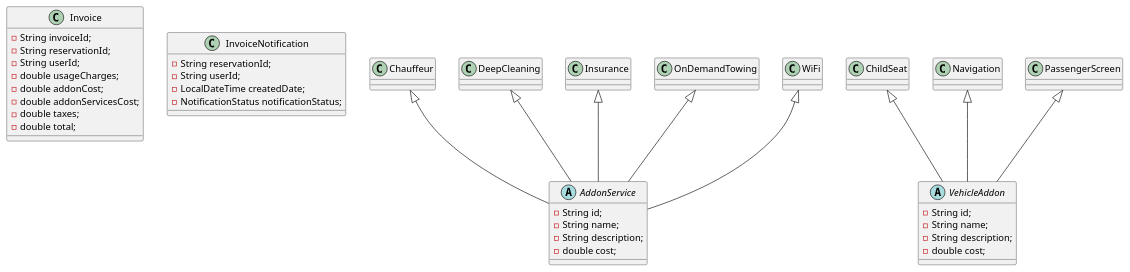
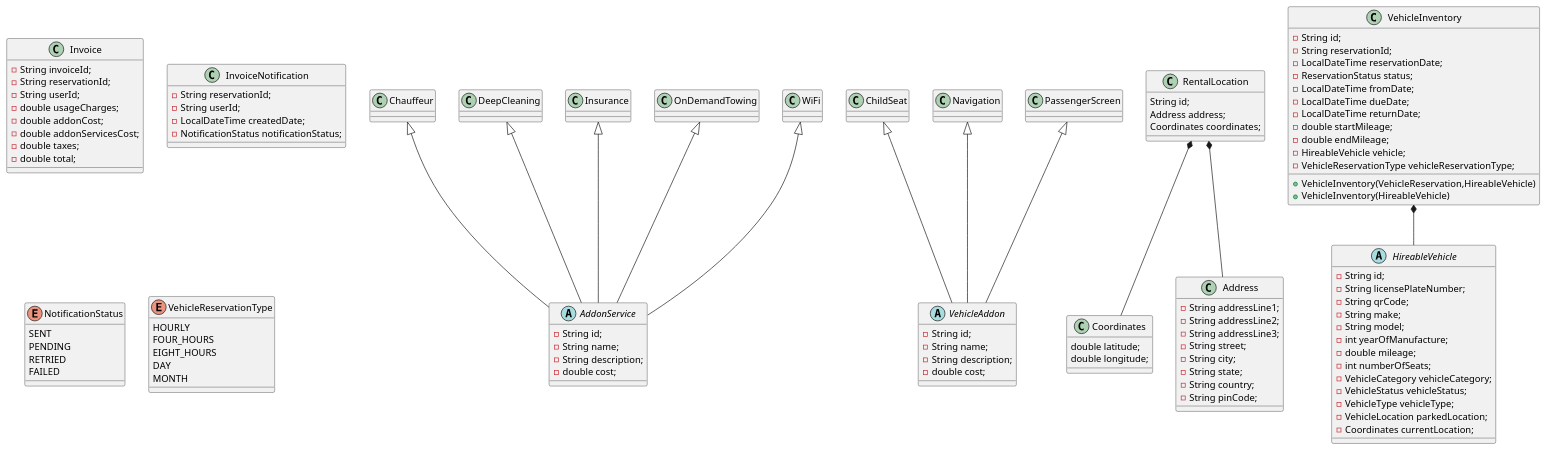
The diagram in src/main/resources/Reservation.puml (gopalbala/carrental), drawn with PlantUML before and after one commit.

Commit message:
updated Reservation.puml with vehicle inventory

```diff
--- a/src/main/resources/Reservation.puml
+++ b/src/main/resources/Reservation.puml
@@ -1,60 +1,130 @@
 @startuml
 class Invoice {
 -String invoiceId;
 -String reservationId;
 -String userId;
 -double usageCharges;
 -double addonCost;
 -double addonServicesCost;
 -double taxes;
 -double total;
 }
 
 class InvoiceNotification {
 -String reservationId;
 -String userId;
 -LocalDateTime createdDate;
 -NotificationStatus notificationStatus;
 }
 
 abstract class AddonService {
 -String id;
 -String name;
 -String description;
 -double cost;
 }
 
 class Chauffeur {
 }
 class DeepCleaning{
 }
 class Insurance{
 }
 class OnDemandTowing{
 }
 class WiFi{
 }
 Chauffeur <|-- AddonService
 DeepCleaning <|-- AddonService
 Insurance <|-- AddonService
 OnDemandTowing <|-- AddonService
 WiFi <|-- AddonService
 
 abstract class VehicleAddon {
 -String id;
 -String name;
 -String description;
 -double cost;
 }
 class ChildSeat{
 }
 class Navigation{
 }
 class PassengerScreen{
 }
 ChildSeat <|-- VehicleAddon
 Navigation <|-- VehicleAddon
 PassengerScreen <|-- VehicleAddon
 
+class RentalLocation {
+String id;
+Address address;
+Coordinates coordinates;
+}
+class Coordinates {
+double latitude;
+double longitude;
+}
+class Address {
+-String addressLine1;
+-String addressLine2;
+-String addressLine3;
+-String street;
+-String city;
+-String state;
+-String country;
+-String pinCode;
+}
+RentalLocation *--Address
+RentalLocation*--Coordinates
 
+class VehicleInventory {
+-String id;
+-String reservationId;
+-LocalDateTime reservationDate;
+-ReservationStatus status;
+-LocalDateTime fromDate;
+-LocalDateTime dueDate;
+-LocalDateTime returnDate;
+-double startMileage;
+-double endMileage;
+-HireableVehicle vehicle;
+-VehicleReservationType vehicleReservationType;
++VehicleInventory(VehicleReservation,HireableVehicle)
++VehicleInventory(HireableVehicle)
+
+}
+
+abstract class HireableVehicle {
+    - String id;
+    - String licensePlateNumber;
+    - String qrCode;
+    - String make;
+    - String model;
+    - int yearOfManufacture;
+    - double mileage;
+    - int numberOfSeats;
+    - VehicleCategory vehicleCategory;
+    - VehicleStatus vehicleStatus;
+    - VehicleType vehicleType;
+    - VehicleLocation parkedLocation;
+    - Coordinates currentLocation;
+
+}
+VehicleInventory *-- HireableVehicle
+
+enum NotificationStatus {
+    SENT
+    PENDING
+    RETRIED
+    FAILED
+}
+
+enum VehicleReservationType {
+    HOURLY
+    FOUR_HOURS
+    EIGHT_HOURS
+    DAY
+    MONTH
+}
 @enduml
```
